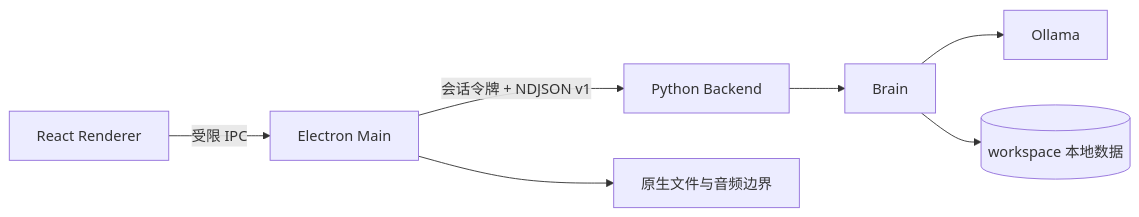
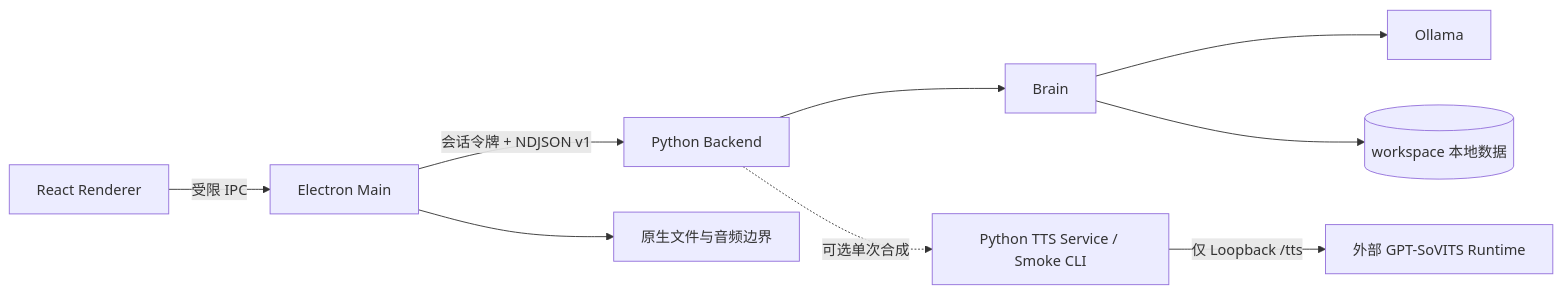
One commit to ActorF/Elysia_AI changed the diagram in README.md. Above: the diagram before and after it, drawn with Mermaid. The commit also changed other lines of this file and 5 other files, not shown here.

````diff
--- a/README.md
+++ b/README.md
@@ -67,9 +68,11 @@
 ```mermaid
 flowchart LR
     R[React Renderer] -->|受限 IPC| E[Electron Main]
     E -->|会话令牌 + NDJSON v1| P[Python Backend]
     P --> B[Brain]
     B --> O[Ollama]
     B --> D[(workspace 本地数据)]
+    P -. 可选单次合成 .-> T[Python TTS Service / Smoke CLI]
+    T -->|仅 Loopback /tts| G[外部 GPT-SoVITS Runtime]
     E --> H[原生文件与音频边界]
 ```
````
